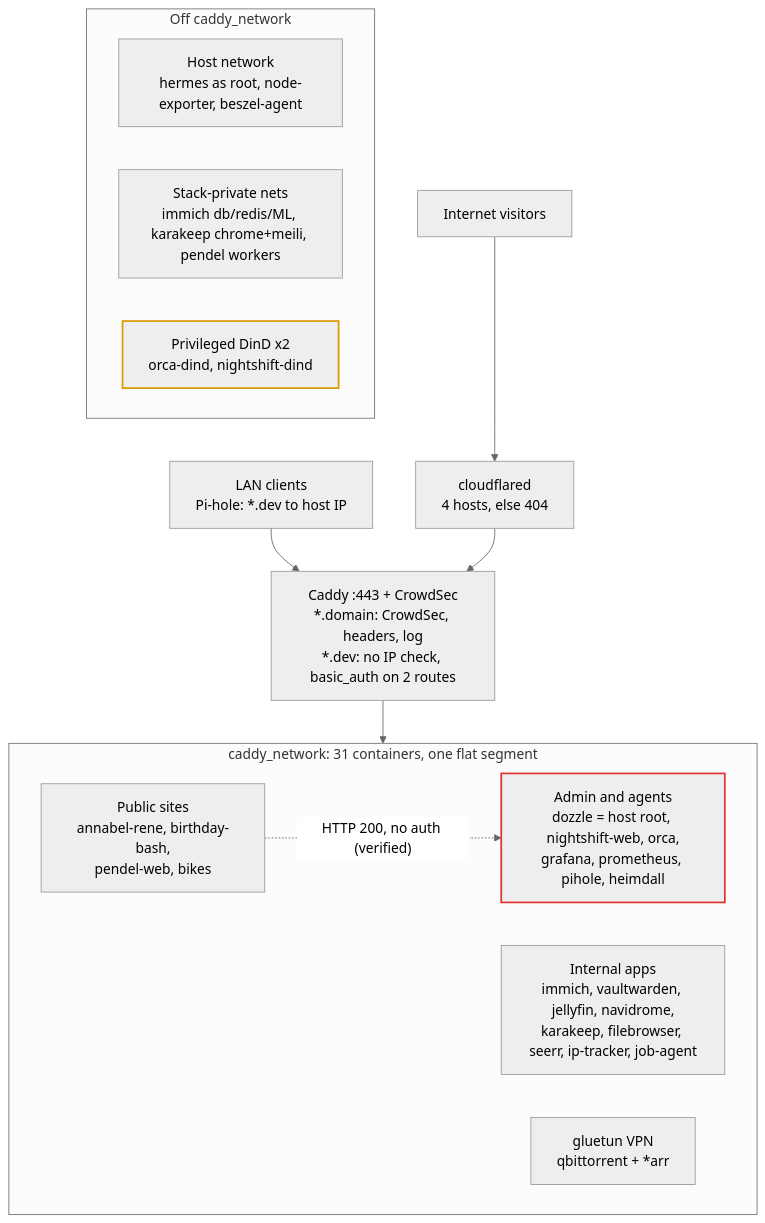
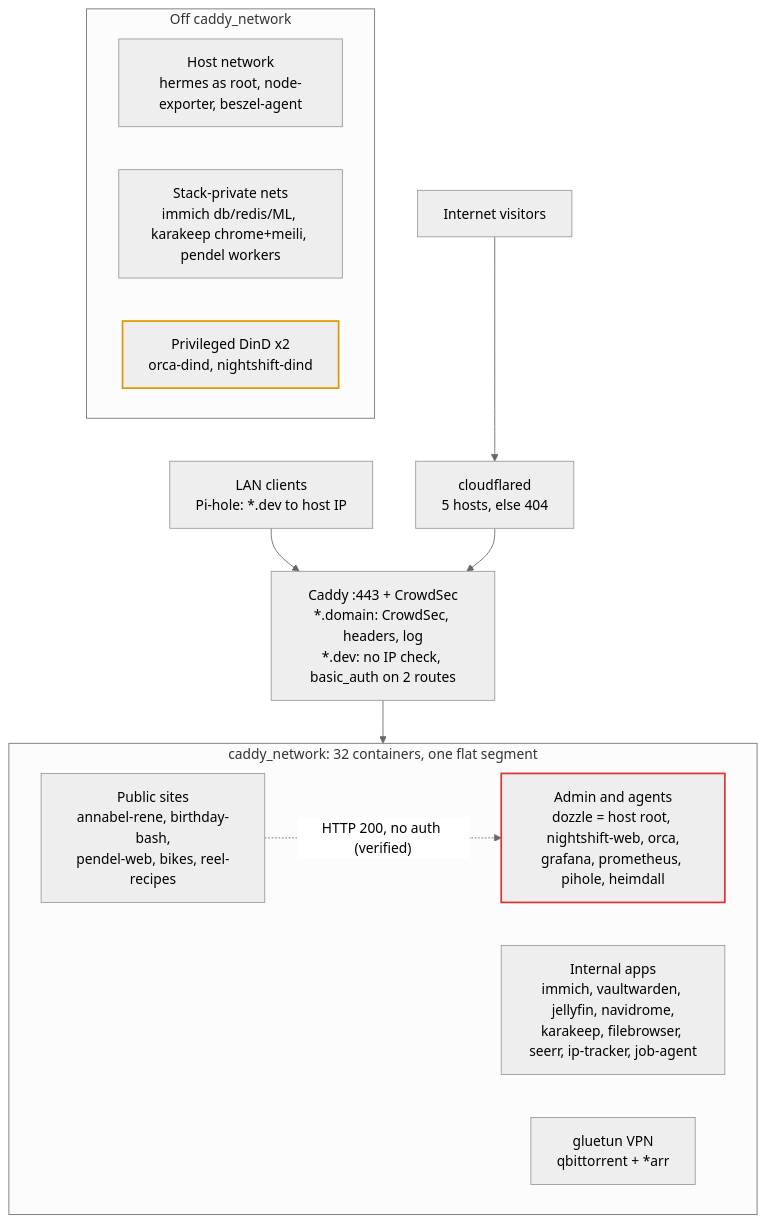
Before and after one commit to tpatzelt/homelab: the diagram in docs/architecture-review.md, drawn with Mermaid (neutral theme). The commit also changed other lines of this file and 33 other files, not shown here.

First line of the commit message:
Implement architecture-review phases 1-3 and 4.1

````diff
--- a/docs/architecture-review.md
+++ b/docs/architecture-review.md
@@ -11,23 +13,23 @@
 ```mermaid
 flowchart TB
-  inet[Internet visitors] --> cf[cloudflared<br/>4 hosts, else 404]
+  inet[Internet visitors] --> cf[cloudflared<br/>5 hosts, else 404]
   lan[LAN clients<br/>Pi-hole: *.dev to host IP] --> caddy
   cf --> caddy[Caddy :443 + CrowdSec<br/>*.domain: CrowdSec, headers, log<br/>*.dev: no IP check, basic_auth on 2 routes]
   caddy --> net
-  subgraph net[caddy_network: 31 containers, one flat segment]
-    pub[Public sites<br/>annabel-rene, birthday-bash,<br/>pendel-web, bikes]
+  subgraph net[caddy_network: 32 containers, one flat segment]
+    pub[Public sites<br/>annabel-rene, birthday-bash,<br/>pendel-web, bikes, reel-recipes]
     apps[Internal apps<br/>immich, vaultwarden, jellyfin, navidrome,<br/>karakeep, filebrowser, seerr, ip-tracker, job-agent]
     admin[Admin and agents<br/>dozzle = host root, nightshift-web, orca,<br/>grafana, prometheus, pihole, heimdall]
     vpn[gluetun VPN<br/>qbittorrent + *arr]
   end
   pub -. "HTTP 200, no auth (verified)" .-> admin
   subgraph off[Off caddy_network]
     host[Host network<br/>hermes as root, node-exporter, beszel-agent]
     priv[Stack-private nets<br/>immich db/redis/ML, karakeep chrome+meili, pendel workers]
     dind[Privileged DinD x2<br/>orca-dind, nightshift-dind]
   end
   classDef crit stroke:#d33,stroke-width:2px
   classDef warn stroke:#d90,stroke-width:2px
   class admin crit
   class dind warn
 ```
````
